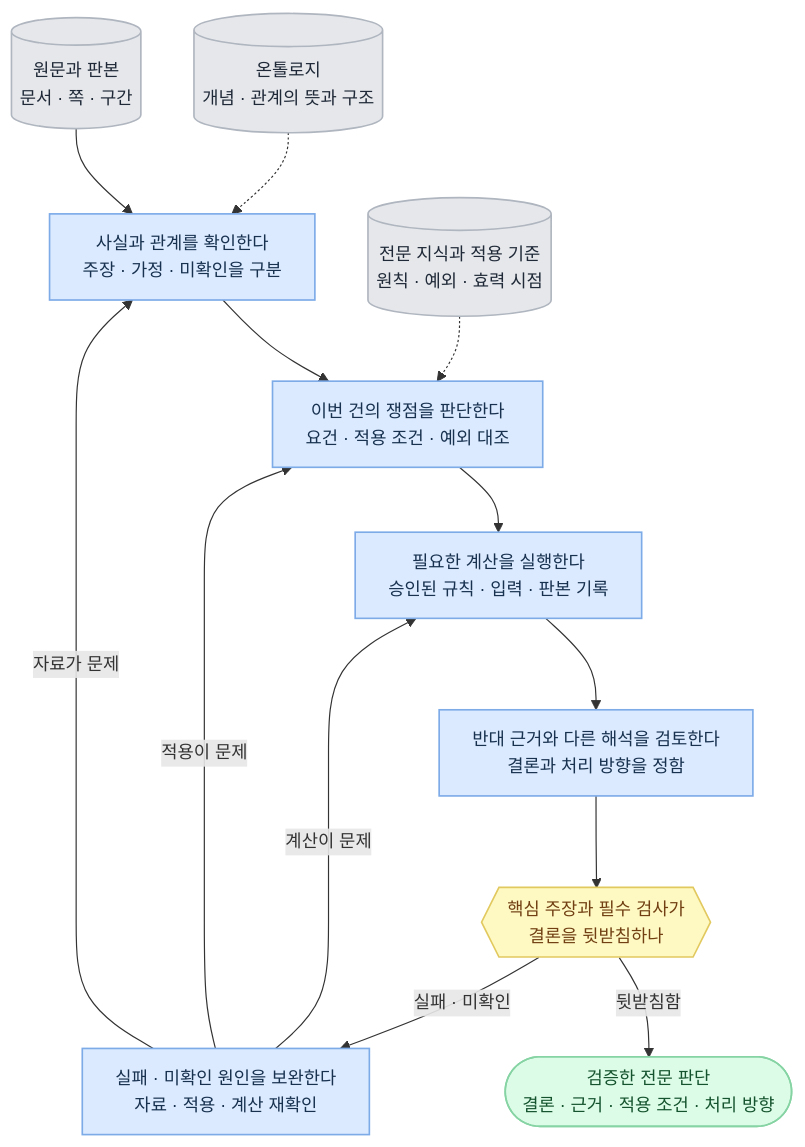
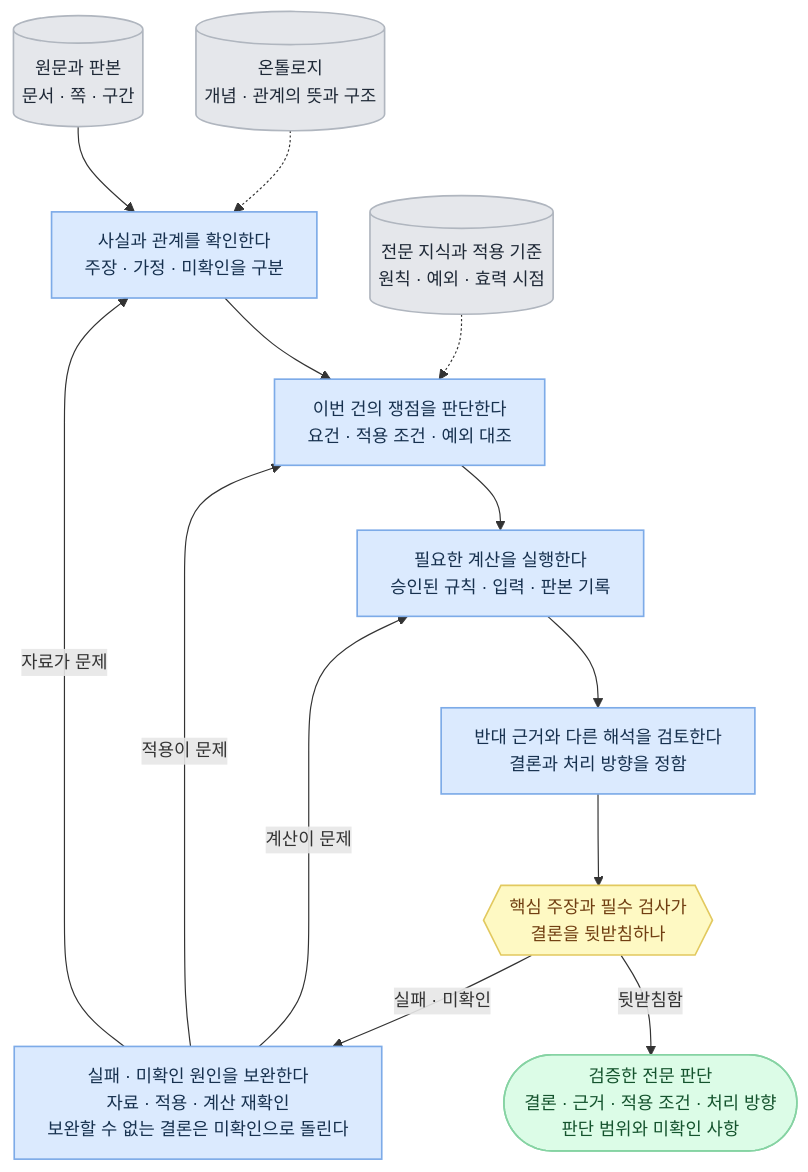
One commit to harisbaguette/expert changed the seventh of 7 diagrams in 전문가 에이전트 정의 1.md. Above: the diagram before and after it, drawn with Mermaid. The commit also changed other lines of this file and 11 other files, not shown here.

````diff
--- a/전문가 에이전트 정의 1.md
+++ b/전문가 에이전트 정의 1.md
@@ -1271,30 +1271,30 @@
 ```mermaid
 %%{init: {"flowchart": {"wrappingWidth": 640, "curve": "basis", "nodeSpacing": 45, "rankSpacing": 55, "padding": 14, "useMaxWidth": true}, "themeVariables": {"fontSize": "15px"}} }%%
 flowchart TB
     SOURCE[("원문과 판본<br/>문서 · 쪽 · 구간")]:::store
     FACT["사실과 관계를 확인한다<br/>주장 · 가정 · 미확인을 구분"]:::main
     APPLY["이번 건의 쟁점을 판단한다<br/>요건 · 적용 조건 · 예외 대조"]:::main
     CALC["필요한 계산을 실행한다<br/>승인된 규칙 · 입력 · 판본 기록"]:::main
     DECIDE["반대 근거와 다른 해석을 검토한다<br/>결론과 처리 방향을 정함"]:::main
     CHECK{{"핵심 주장과 필수 검사가<br/>결론을 뒷받침하나"}}:::note
-    RESULT(["검증한 전문 판단<br/>결론 · 근거 · 적용 조건 · 처리 방향"]):::good
-    REWORK["실패 · 미확인 원인을 보완한다<br/>자료 · 적용 · 계산 재확인"]:::main
+    RESULT(["검증한 전문 판단<br/>결론 · 근거 · 적용 조건 · 처리 방향<br/>판단 범위와 미확인 사항"]):::good
+    REWORK["실패 · 미확인 원인을 보완한다<br/>자료 · 적용 · 계산 재확인<br/>보완할 수 없는 결론은 미확인으로 돌린다"]:::main
     ONTOLOGY[("온톨로지<br/>개념 · 관계의 뜻과 구조")]:::store
     RULE[("전문 지식과 적용 기준<br/>원칙 · 예외 · 효력 시점")]:::store
 
     ONTOLOGY -.-> FACT
     SOURCE --> FACT --> APPLY --> CALC --> DECIDE --> CHECK
     CHECK -- "뒷받침함" --> RESULT
     CHECK -- "실패 · 미확인" --> REWORK
     REWORK -- "자료가 문제" --> FACT
     REWORK -- "적용이 문제" --> APPLY
     REWORK -- "계산이 문제" --> CALC
     RULE -.-> APPLY
 
     classDef main fill:#dbeafe,stroke:#7dabe8,stroke-width:1.4px,color:#17314f
     classDef stop fill:#fee2e2,stroke:#f0a3a3,stroke-width:1.4px,color:#7f1d1d
     classDef back fill:#ffedd5,stroke:#f3b183,stroke-width:1.4px,color:#7c2d12
     classDef store fill:#e5e7eb,stroke:#b0b6bf,stroke-width:1.4px,color:#1f2937
     classDef good fill:#dcfce7,stroke:#86d3a3,stroke-width:1.4px,color:#14532d
     classDef note fill:#fef9c3,stroke:#e2c95f,stroke-width:1.4px,color:#713f12
 ```
````
